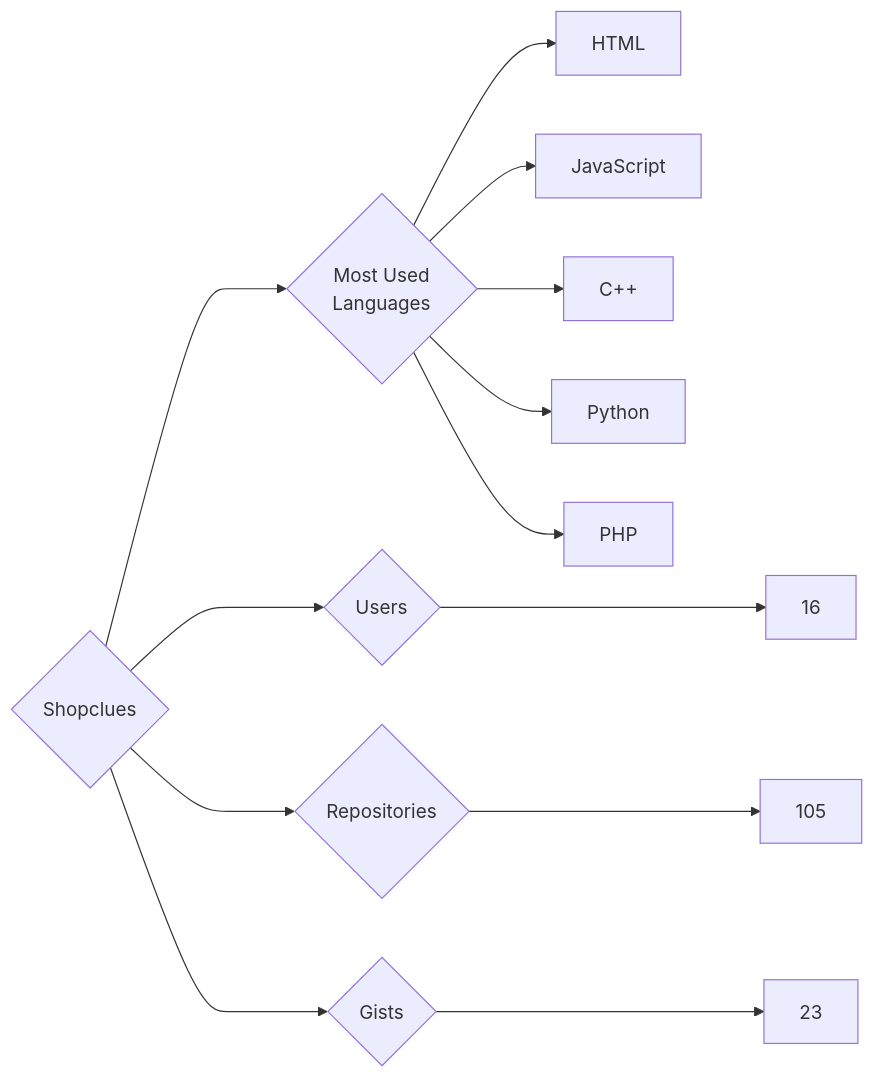
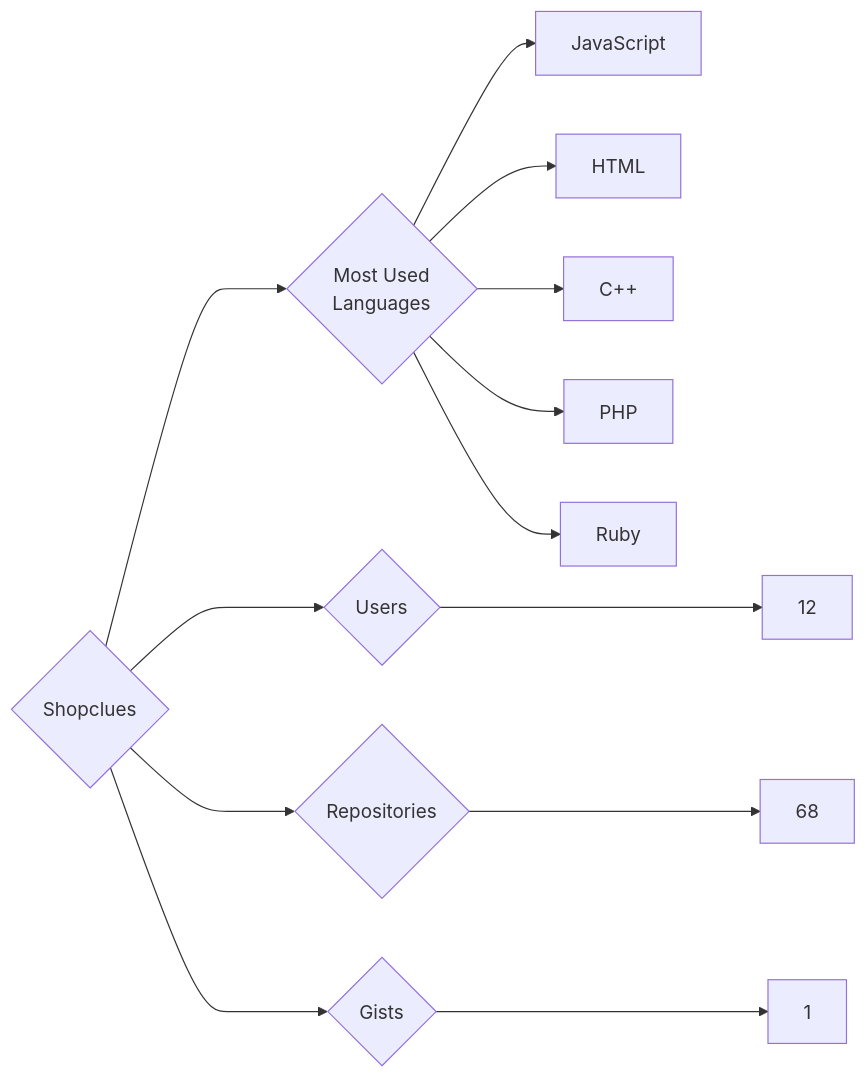
Before and after one commit to trickest/insiders: the diagram in targets/Shopclues/README.md, drawn with Mermaid. The commit also changed 748 other files, not shown here.

````diff
--- a/targets/Shopclues/README.md
+++ b/targets/Shopclues/README.md
@@ -3,13 +3,13 @@
 ```mermaid
 graph LR
 COMPANY_NAME{Shopclues}
-COMPANY_NAME ---> U{Users} ---> UN[16]
-COMPANY_NAME ---> R{Repositories} ---> RN[105]
-COMPANY_NAME ---> G{Gists} ---> GN[23]
+COMPANY_NAME ---> U{Users} ---> UN[12]
+COMPANY_NAME ---> R{Repositories} ---> RN[68]
+COMPANY_NAME ---> G{Gists} ---> GN[1]
 COMPANY_NAME ---> ML{Most Used<br>Languages}
+ML --> JavaScript[JavaScript]
 ML --> HTML[HTML]
-ML --> JavaScript[JavaScript]
 ML --> C++[C++]
-ML --> Python[Python]
 ML --> PHP[PHP]
+ML --> Ruby[Ruby]
 ```
````
